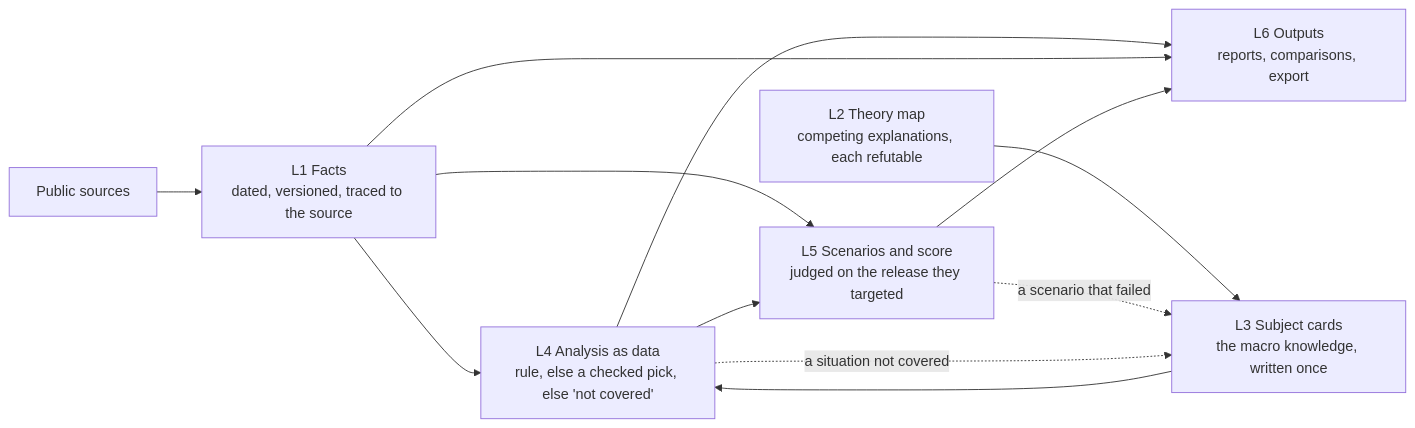
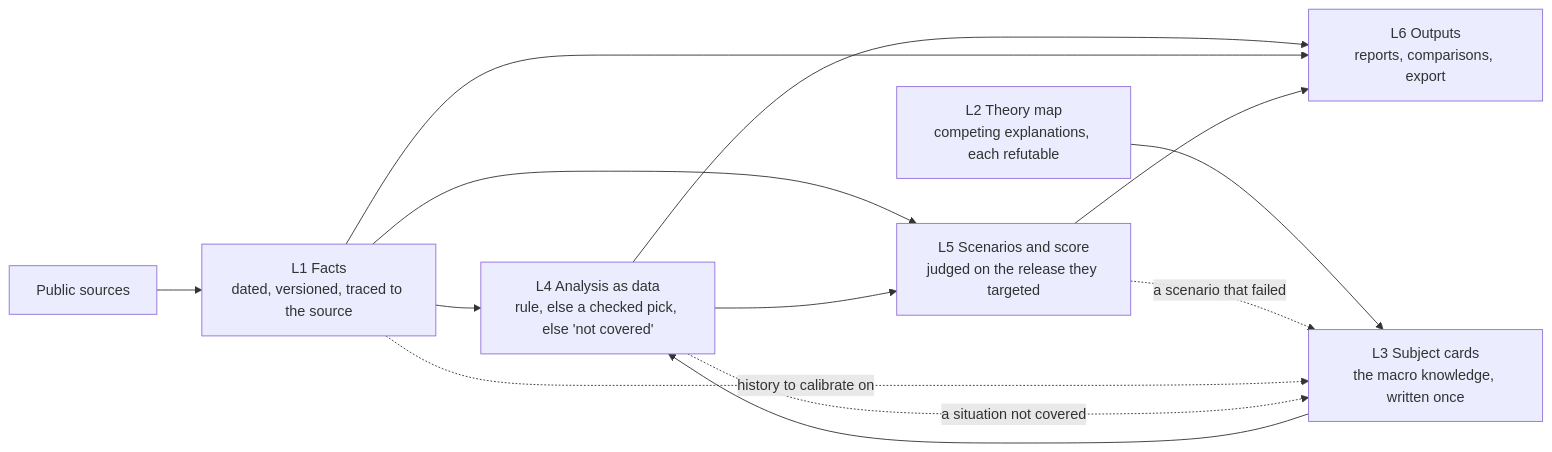
One commit to Sami-Andaloussi/atlas-research changed the diagram in README.md. Above: the diagram before and after it, drawn with Mermaid. The commit also changed other lines of this file and 2 other files, not shown here.

````diff
--- a/README.md
+++ b/README.md
@@ -60,14 +64,15 @@
 ```mermaid
 flowchart LR
     src["Public sources"] --> L1["L1 Facts<br/>dated, versioned, traced to the source"]
     L2["L2 Theory map<br/>competing explanations, each refutable"] --> L3["L3 Subject cards<br/>the macro knowledge, written once"]
     L1 --> L4["L4 Analysis as data<br/>rule, else a checked pick, else 'not covered'"]
     L3 --> L4
     L1 --> L5
     L4 --> L5["L5 Scenarios and score<br/>judged on the release they targeted"]
     L4 --> L6["L6 Outputs<br/>reports, comparisons, export"]
     L1 --> L6
     L5 --> L6
     L5 -.->|"a scenario that failed"| L3
+    L1 -.->|"history to calibrate on"| L3
     L4 -.->|"a situation not covered"| L3
 ```
````
